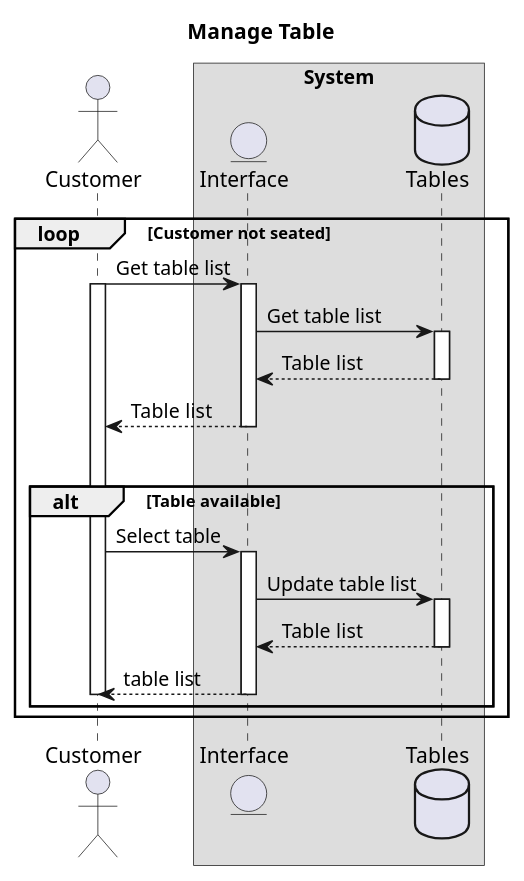
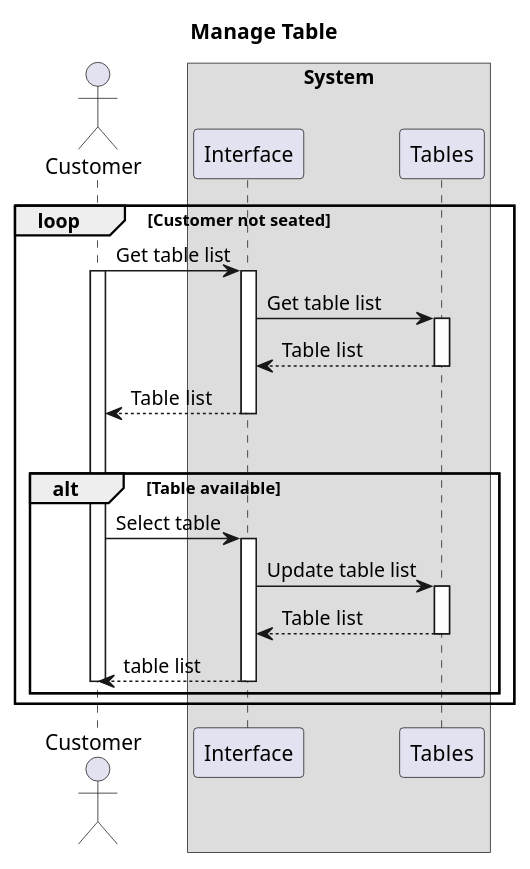
One commit to Alomory/educational changed the diagram in c3113/project/manage_table.pu. Above: the diagram before and after it, drawn with PlantUML. The commit also changed 1 other file, not shown here.

```diff
--- a/c3113/project/manage_table.pu
+++ b/c3113/project/manage_table.pu
@@ -1,27 +1,27 @@
 @startuml Manage Table
 
 title Manage Table
 
 actor Customer
 box System
-    entity Interface
-    database Tables
+    participant Interface
+    participant Tables
 end box
 
 loop Customer not seated
     Customer -> Interface ++ : Get table list
     activate Customer
     Interface -> Tables ++ : Get table list
     return Table list
     return Table list
     |||
     alt Table available
         Customer -> Interface ++ : Select table
         Interface -> Tables ++ : Update table list
         return Table list
         return table list
         deactivate Customer
     end
 end
 
 @enduml
```
